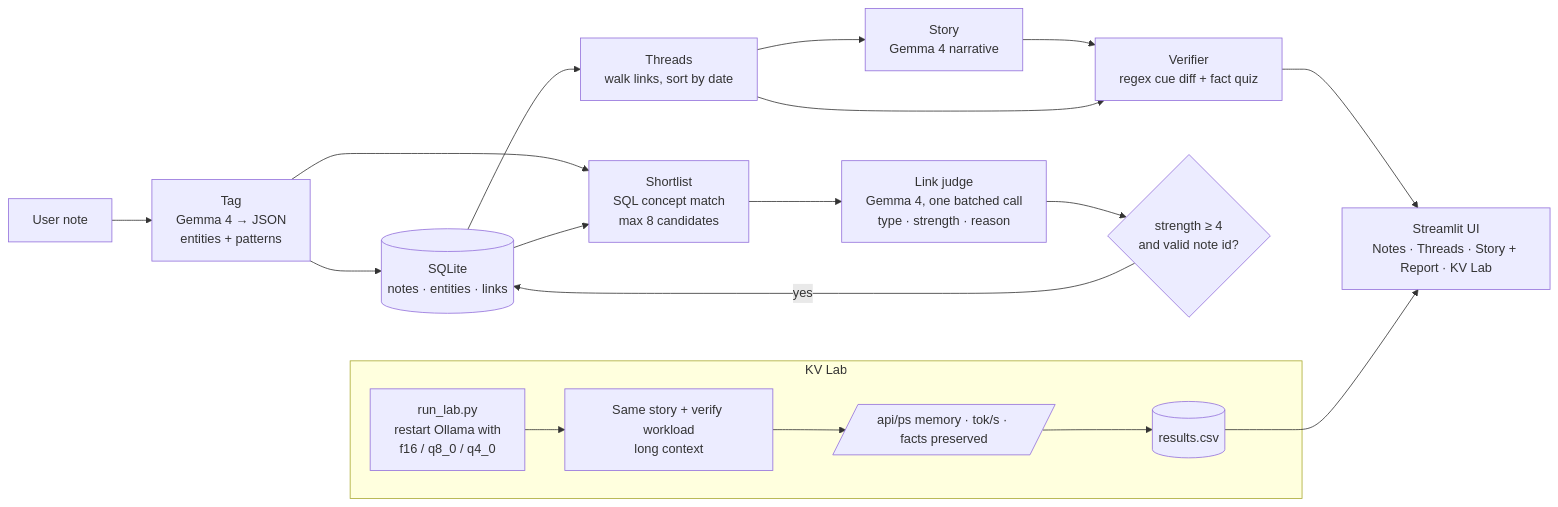
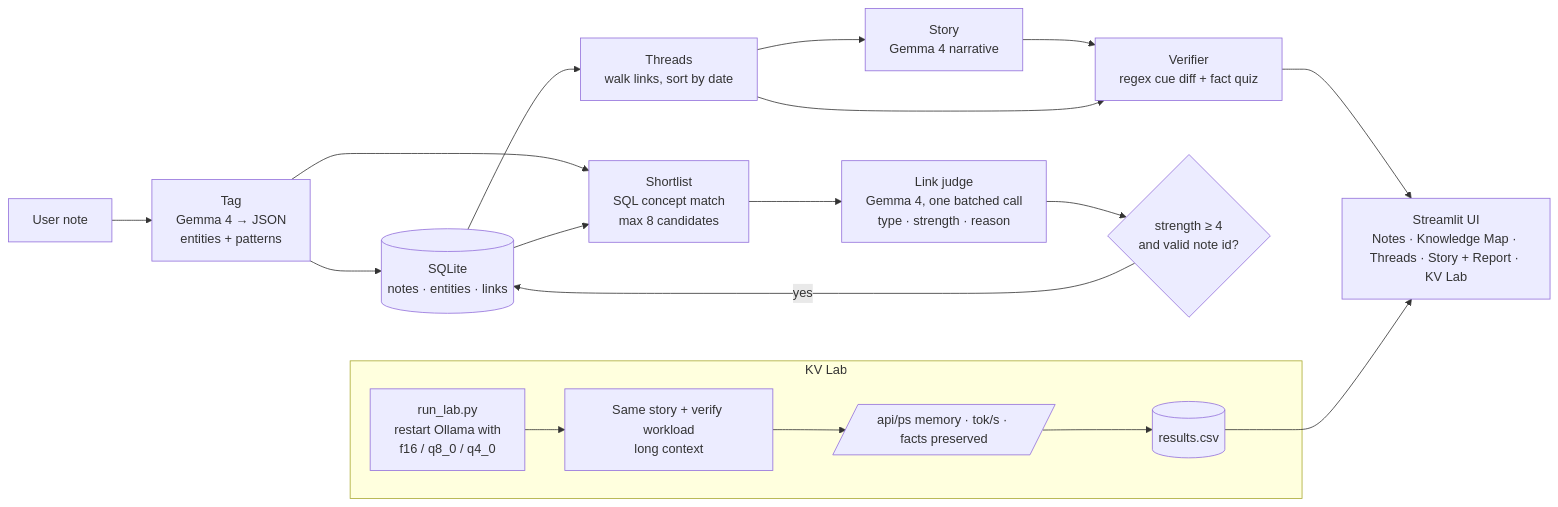
The diagram in README.md (chuckstone-cpu/hacktoberfest-hack-day-coimbatore-x-init-club-and-idea-club--Team_WInDaChat), drawn with Mermaid before and after one commit. The commit also changed other lines of this file and 14 other files, not shown here.

Commit message:
feat: build local knowledge graph workspace

````diff
--- a/README.md
+++ b/README.md
@@ -62,21 +63,21 @@
 ```mermaid
 flowchart LR
     U[User note] --> T[Tag<br/>Gemma 4 → JSON<br/>entities + patterns]
     T --> DB[(SQLite<br/>notes · entities · links)]
     T --> S[Shortlist<br/>SQL concept match<br/>max 8 candidates]
     DB --> S
     S --> L[Link judge<br/>Gemma 4, one batched call<br/>type · strength · reason]
     L --> F{strength ≥ 4<br/>and valid note id?}
     F -->|yes| DB
     DB --> TH[Threads<br/>walk links, sort by date]
     TH --> ST[Story<br/>Gemma 4 narrative]
     ST --> V[Verifier<br/>regex cue diff + fact quiz]
     TH --> V
-    V --> UI[Streamlit UI<br/>Notes · Threads · Story + Report · KV Lab]
+    V --> UI[Streamlit UI<br/>Notes · Knowledge Map · Threads · Story + Report · KV Lab]
     subgraph KV Lab
       R[run_lab.py<br/>restart Ollama with<br/>f16 / q8_0 / q4_0] --> W[Same story + verify workload<br/>long context]
       W --> M[/api/ps memory · tok/s · facts preserved/]
       M --> CSV[(results.csv)]
     end
     CSV --> UI
 ```
````
